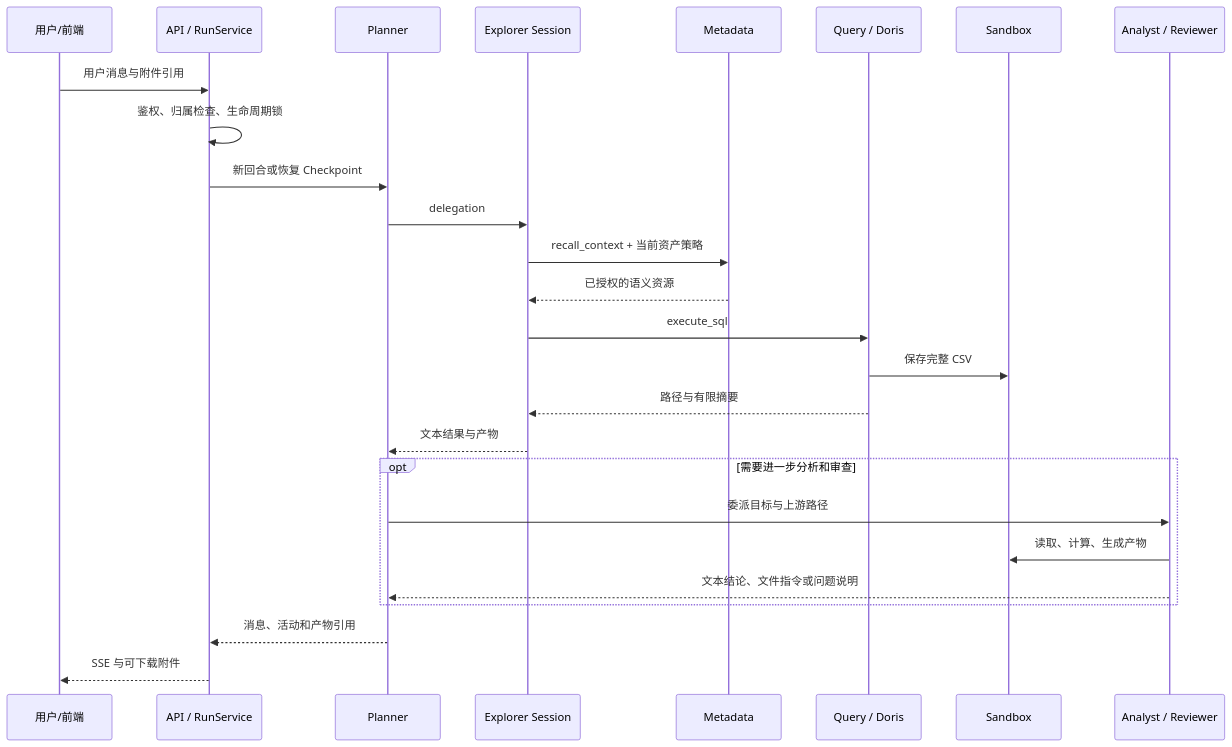
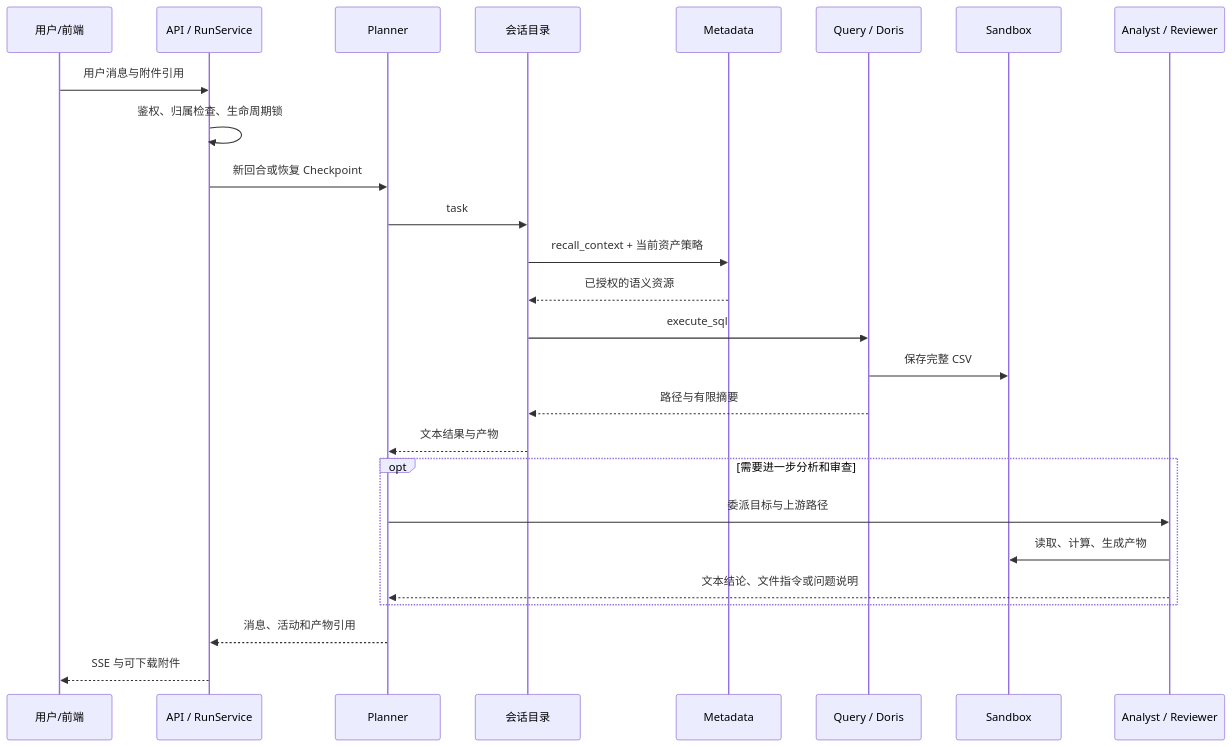
Before and after one commit to 2739673455/dataagent: the third of 4 diagrams in docs/00_架构与协作总览.md, drawn with Mermaid. The commit also changed other lines of this file and 105 other files, not shown here.

````diff
--- a/docs/00_架构与协作总览.md
+++ b/docs/00_架构与协作总览.md
@@ -619,28 +598,28 @@
 ```mermaid
 sequenceDiagram
     participant U as 用户/前端
     participant R as API / RunService
     participant P as Planner
-    participant E as Explorer Session
+    participant E as 会话目录
     participant M as Metadata
     participant Q as Query / Doris
     participant S as Sandbox
     participant A as Analyst / Reviewer
     U->>R: 用户消息与附件引用
     R->>R: 鉴权、归属检查、生命周期锁
     R->>P: 新回合或恢复 Checkpoint
-    P->>E: delegation
+    P->>E: task
     E->>M: recall_context + 当前资产策略
     M-->>E: 已授权的语义资源
     E->>Q: execute_sql
     Q->>S: 保存完整 CSV
     Q-->>E: 路径与有限摘要
     E-->>P: 文本结果与产物
     opt 需要进一步分析和审查
         P->>A: 委派目标与上游路径
         A->>S: 读取、计算、生成产物
         A-->>P: 文本结论、文件指令或问题说明
     end
     P-->>R: 消息、活动和产物引用
     R-->>U: SSE 与可下载附件
 ```
````
